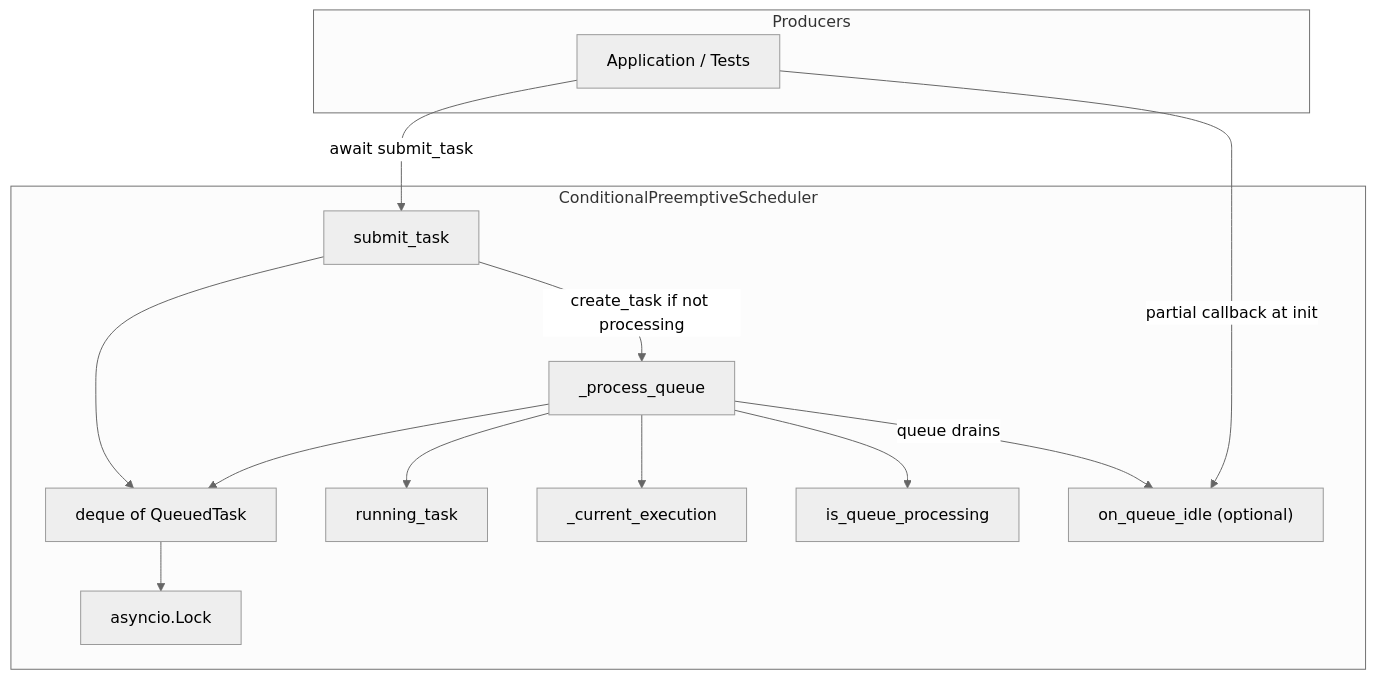
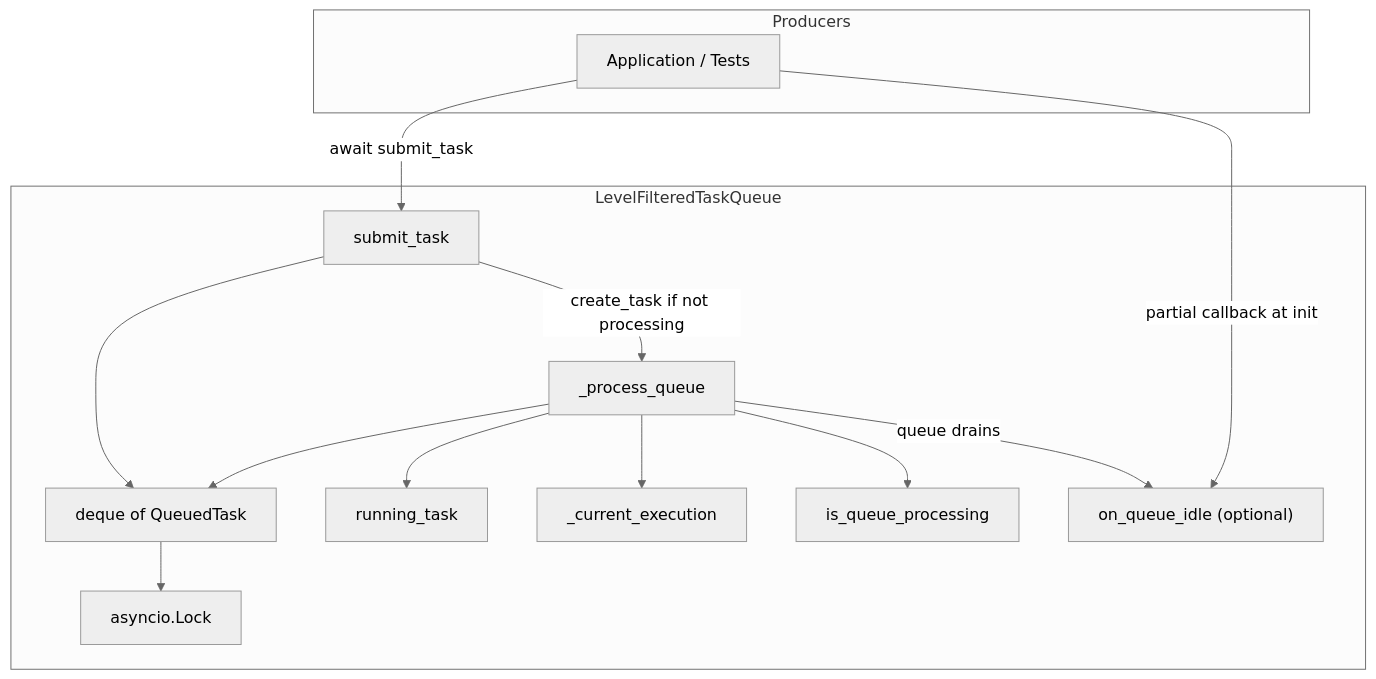
One commit to scoville/test_filter_queue changed the first of 9 diagrams in .cursor/plans/system_architecture_workflow_b2d79ca7.plan.md. Above: the diagram before and after it, drawn with Mermaid (neutral theme). The commit also changed other lines of this file and 3 other files, not shown here.

````diff
--- a/.cursor/plans/system_architecture_workflow_b2d79ca7.plan.md
+++ b/.cursor/plans/system_architecture_workflow_b2d79ca7.plan.md
@@ -14,28 +14,28 @@
 ```mermaid
 flowchart TB
     subgraph producers [Producers]
         App[Application / Tests]
     end
 
-    subgraph scheduler [ConditionalPreemptiveScheduler]
+    subgraph queue [LevelFilteredTaskQueue]
         Lock[asyncio.Lock]
         Deque["deque of QueuedTask"]
         Submit[submit_task]
         Process[_process_queue]
         Running[running_task]
         Exec[_current_execution]
         Guard[is_queue_processing]
         IdleHook["on_queue_idle (optional)"]
     end
 
     App -->|await submit_task| Submit
     App -->|partial callback at init| IdleHook
     Submit --> Deque
     Submit -->|create_task if not processing| Process
     Process --> Deque
     Process --> Running
     Process --> Exec
     Process --> Guard
     Process -->|queue drains| IdleHook
     Deque --> Lock
 ```
````
